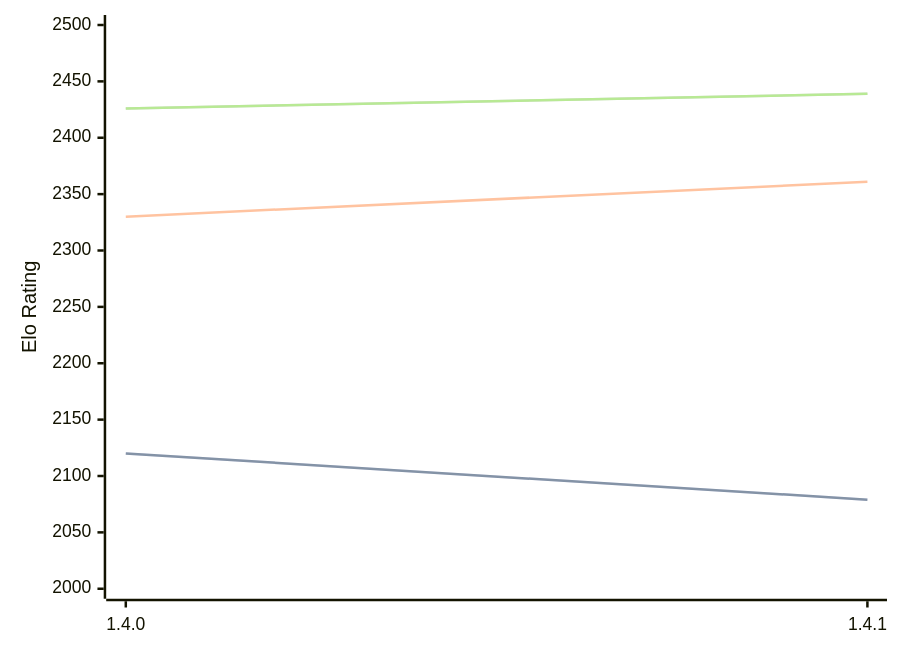
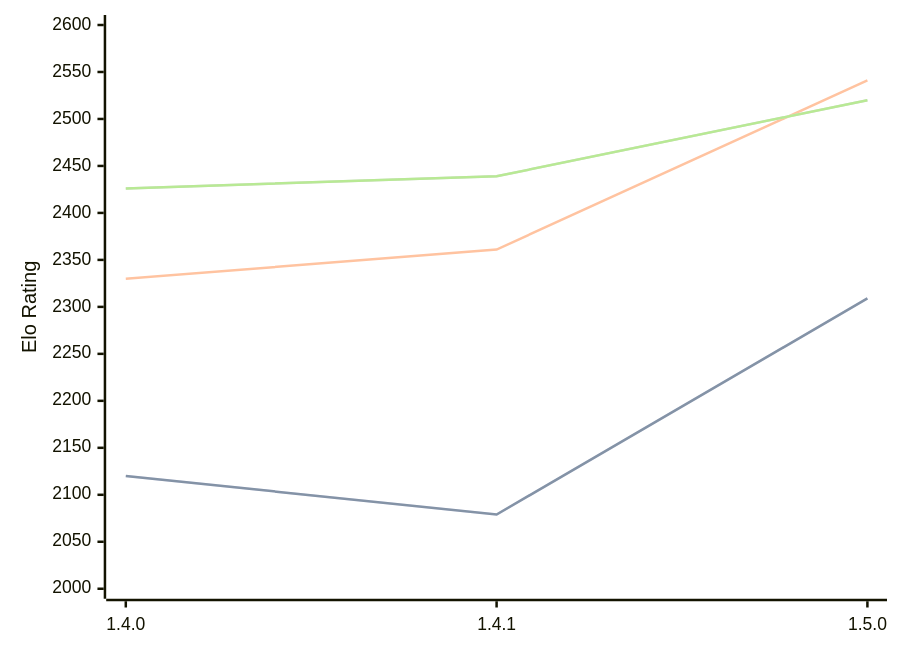
Before and after one commit to computer-chess-index/cci: the diagram in engines/Tofiks.md, drawn with Mermaid. The commit also changed other lines of this file, not shown here.

Commit message:
Update CCI Ratings (ELO VLTC) - 2026-04-23

````diff
--- a/engines/Tofiks.md
+++ b/engines/Tofiks.md
@@ -36,11 +37,11 @@
 ```mermaid
 %%{init: {"theme":"base","themeVariables":{"seriesColors:['#a3a3a3','#222221','#faa371']}}}%%
 xychart-beta
-  x-axis ["1.4.0", "1.4.1"]
-  y-axis "Elo Rating" 2000 --> 2500
-  line "STC (8.0+0.08s)" [2120, 2079]
-  line "STC (8.0+0.08s)" [2120, 2079]
-  line "LTC (60.0+0.60s)" [2330, 2361]
-  line "VLTC (2m24s+1.12s)" [2426, 2439]
-  line "VLTC (2m24s+1.12s)" [2426, 2439]
+  x-axis ["1.4.0", "1.4.1", "1.5.0"]
+  y-axis "Elo Rating" 2000 --> 2600
+  line "STC (8.0+0.08s)" [2120, 2079, 2309]
+  line "STC (8.0+0.08s)" [2120, 2079, 2309]
+  line "LTC (60.0+0.60s)" [2330, 2361, 2541]
+  line "VLTC (2m24s+1.12s)" [2426, 2439, 2520]
+  line "VLTC (2m24s+1.12s)" [2426, 2439, 2520]
 ```
````
